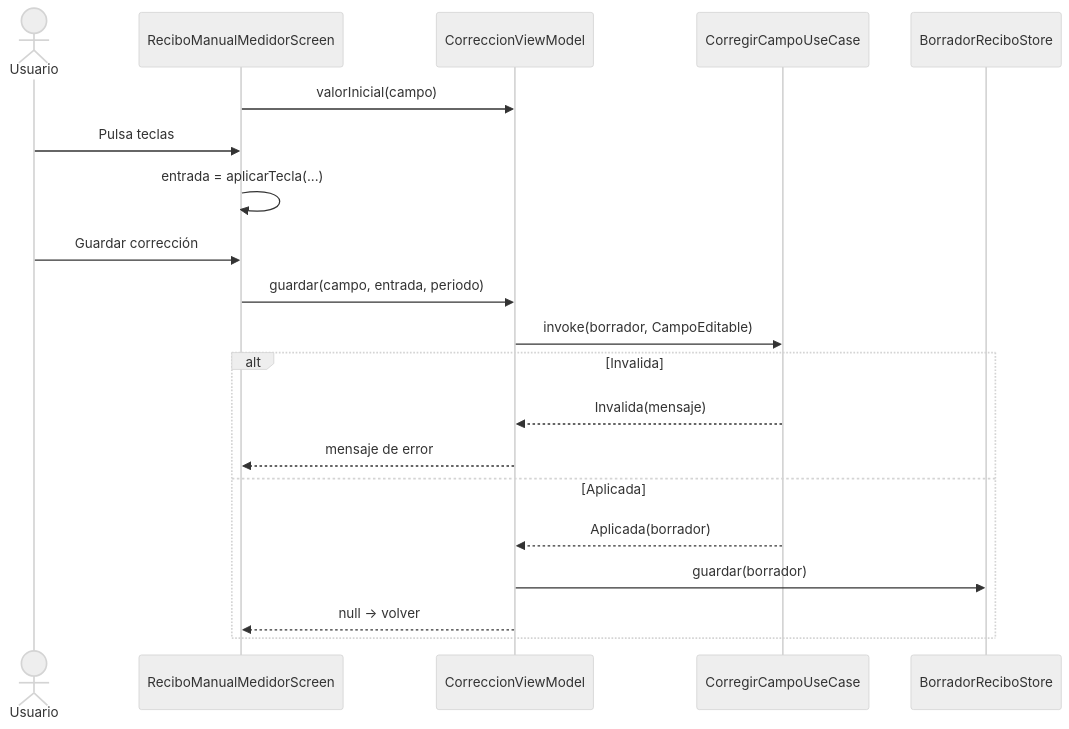
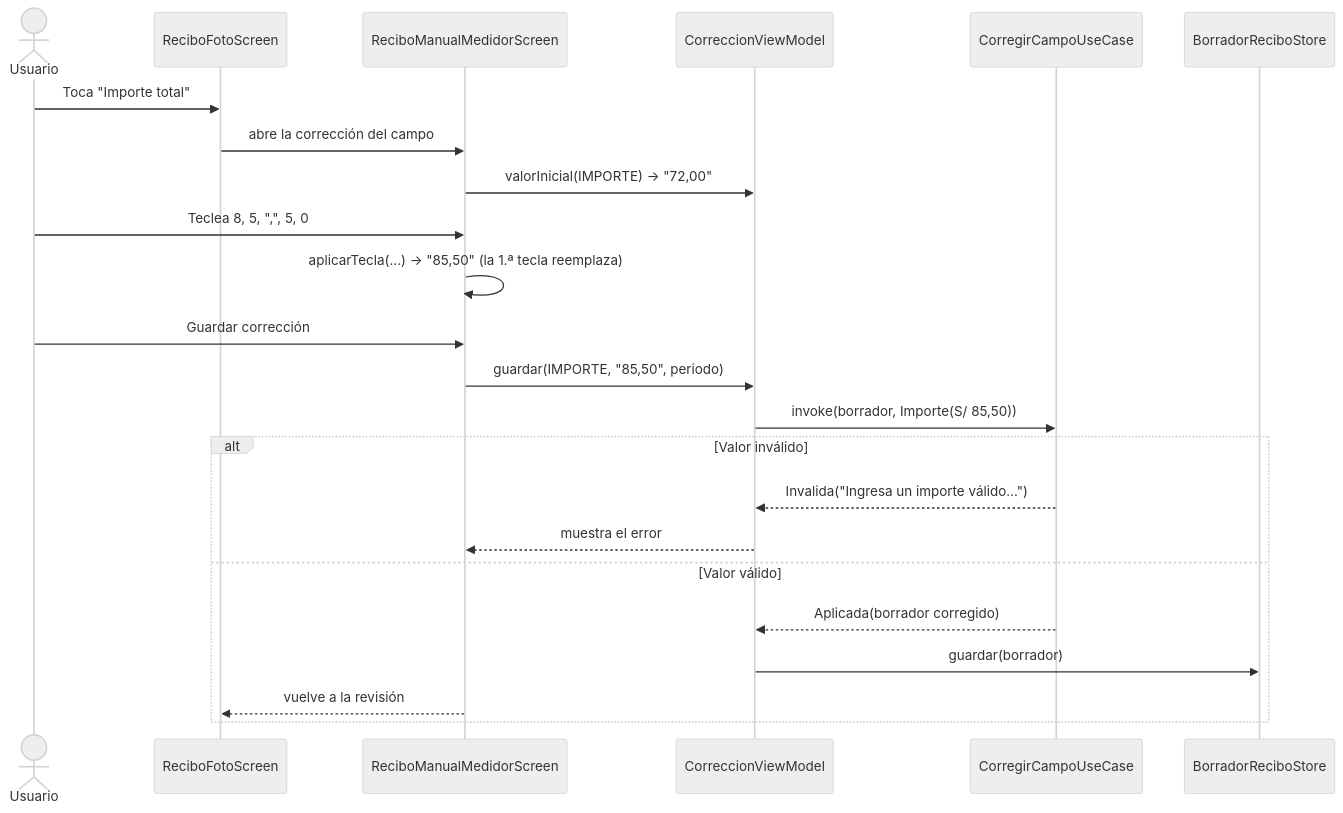
One commit to IkerASierraR/pruebas_antitodo changed the fourth of 10 diagrams in informacionRecibo.md. Above: the diagram before and after it, drawn with Mermaid (neutral theme). The commit also changed other lines of this file, not shown here.

````diff
--- a/informacionRecibo.md
+++ b/informacionRecibo.md
@@ -415,23 +496,26 @@
 ```mermaid
 sequenceDiagram
     actor U as Usuario
+    participant FS as ReciboFotoScreen
     participant MS as ReciboManualMedidorScreen
     participant CoVM as CorreccionViewModel
     participant CC as CorregirCampoUseCase
     participant BS as BorradorReciboStore
 
-    MS->>CoVM: valorInicial(campo)
-    U->>MS: Pulsa teclas
-    MS->>MS: entrada = aplicarTecla(...)
+    U->>FS: Toca "Importe total"
+    FS->>MS: abre la corrección del campo
+    MS->>CoVM: valorInicial(IMPORTE) → "72,00"
+    U->>MS: Teclea 8, 5, ",", 5, 0
+    MS->>MS: aplicarTecla(...) → "85,50" (la 1.ª tecla reemplaza)
     U->>MS: Guardar corrección
-    MS->>CoVM: guardar(campo, entrada, periodo)
-    CoVM->>CC: invoke(borrador, CampoEditable)
-    alt Invalida
-        CC-->>CoVM: Invalida(mensaje)
-        CoVM-->>MS: mensaje de error
-    else Aplicada
-        CC-->>CoVM: Aplicada(borrador)
+    MS->>CoVM: guardar(IMPORTE, "85,50", periodo)
+    CoVM->>CC: invoke(borrador, Importe(S/ 85,50))
+    alt Valor inválido
+        CC-->>CoVM: Invalida("Ingresa un importe válido…")
+        CoVM-->>MS: muestra el error
+    else Valor válido
+        CC-->>CoVM: Aplicada(borrador corregido)
         CoVM->>BS: guardar(borrador)
-        CoVM-->>MS: null → volver
+        MS-->>FS: vuelve a la revisión
     end
 ```
````
